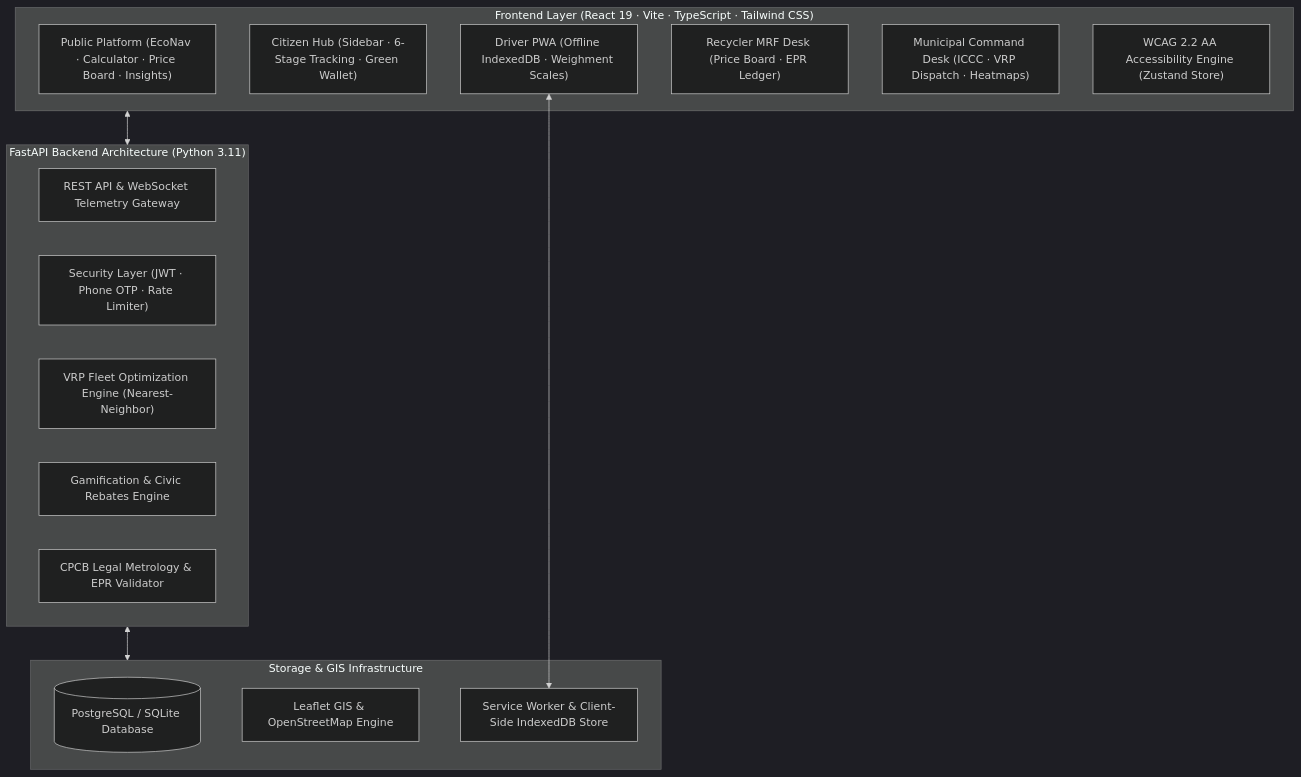
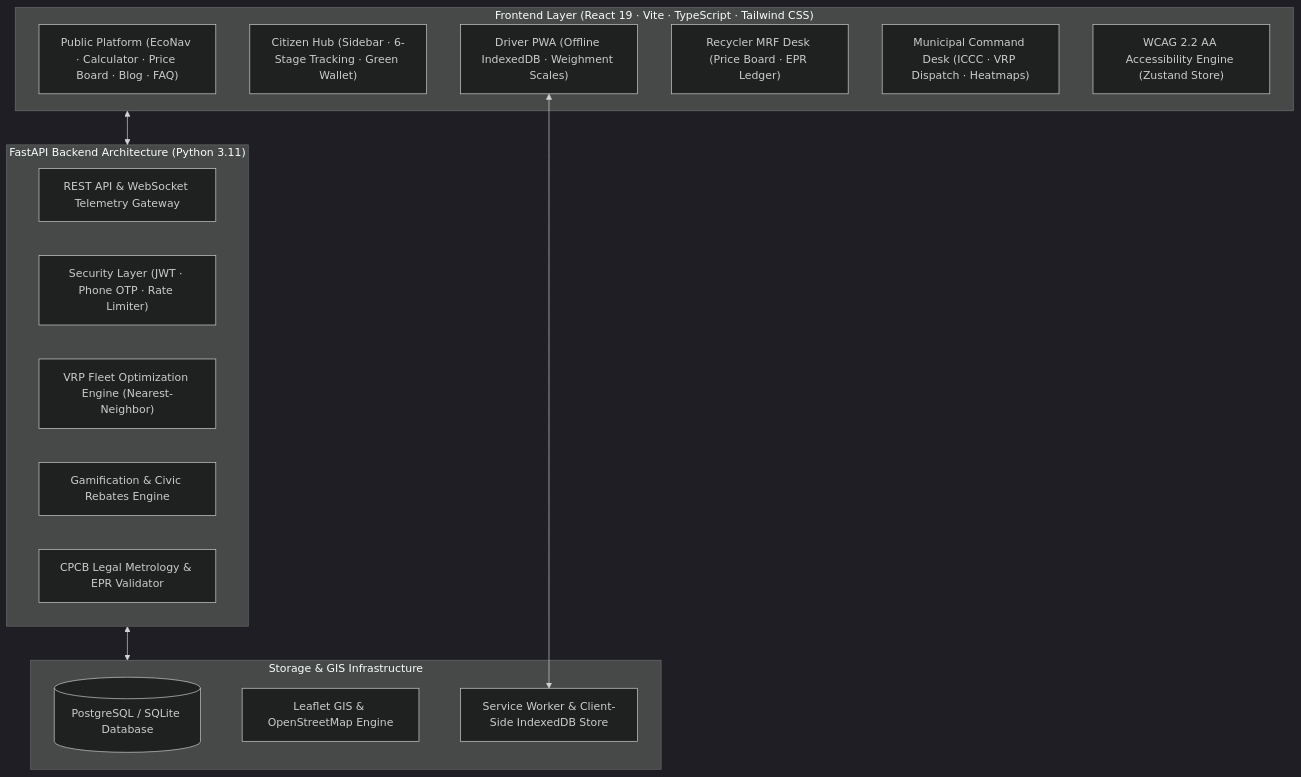
The second of 2 diagrams in README.md (ShivhareYashvi/EcoSync-Smart-Municipal-Waste-Management), drawn with Mermaid (dark theme) before and after one commit. The commit also changed other lines of this file and 15 other files, not shown here.

Commit message:
feat: added citizen rewards, and blog and FAQ sections

````diff
--- a/README.md
+++ b/README.md
@@ -113,29 +133,29 @@
 ```mermaid
 flowchart TD
     subgraph UI["Frontend Layer (React 19 · Vite · TypeScript · Tailwind CSS)"]
-        A["Public Platform (EcoNav · Calculator · Price Board · Insights)"]
+        A["Public Platform (EcoNav · Calculator · Price Board · Blog · FAQ)"]
         B["Citizen Hub (Sidebar · 6-Stage Tracking · Green Wallet)"]
         C["Driver PWA (Offline IndexedDB · Weighment Scales)"]
         D["Recycler MRF Desk (Price Board · EPR Ledger)"]
         E["Municipal Command Desk (ICCC · VRP Dispatch · Heatmaps)"]
         F["WCAG 2.2 AA Accessibility Engine (Zustand Store)"]
     end
 
     subgraph API["FastAPI Backend Architecture (Python 3.11)"]
         G["REST API & WebSocket Telemetry Gateway"]
         H["Security Layer (JWT · Phone OTP · Rate Limiter)"]
         I["VRP Fleet Optimization Engine (Nearest-Neighbor)"]
         J["Gamification & Civic Rebates Engine"]
         K["CPCB Legal Metrology & EPR Validator"]
     end
 
     subgraph DB["Storage & GIS Infrastructure"]
         L[("PostgreSQL / SQLite Database")]
         M["Leaflet GIS & OpenStreetMap Engine"]
         N["Service Worker & Client-Side IndexedDB Store"]
     end
 
     UI <--> API
     API <--> DB
     C <--> N
 ```
````
